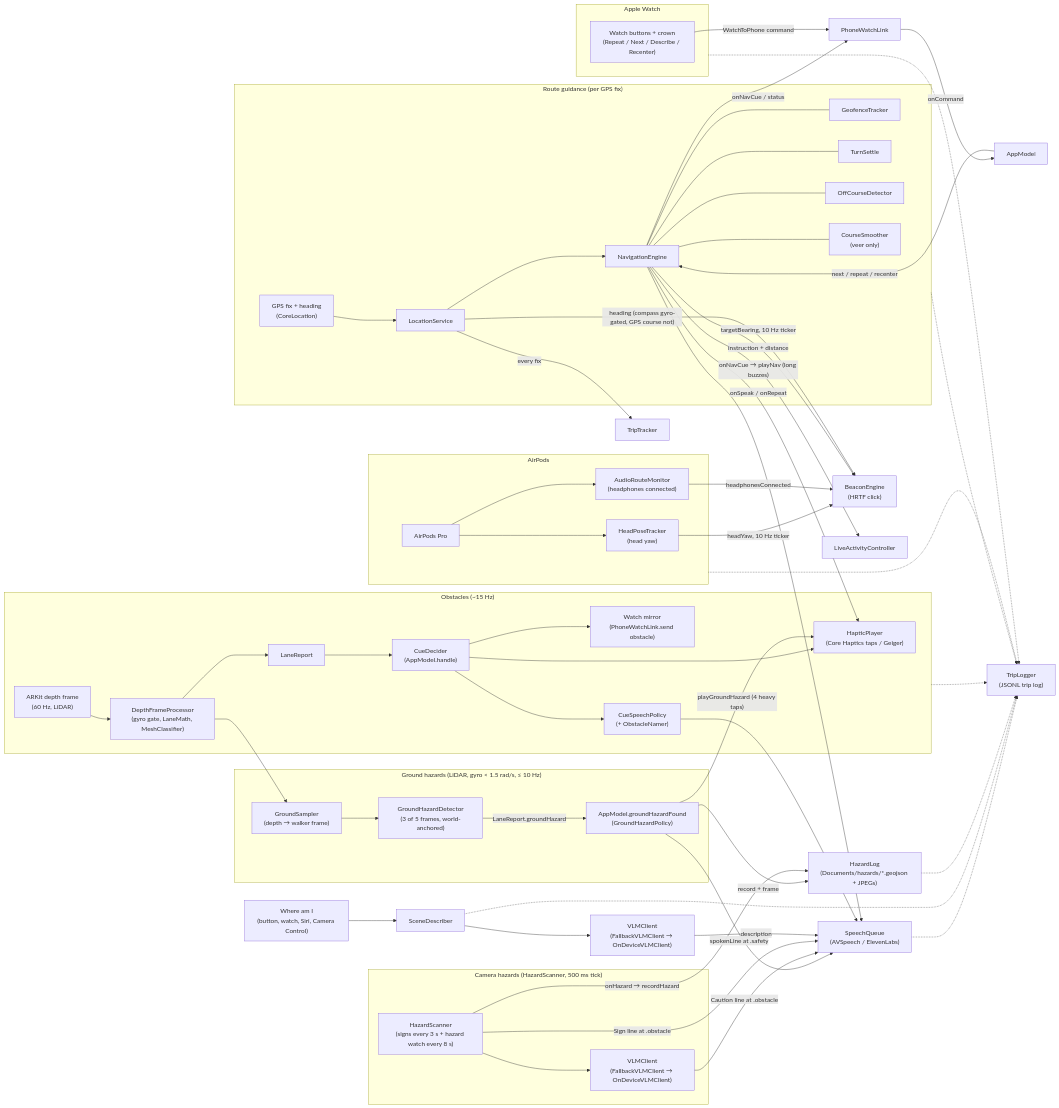
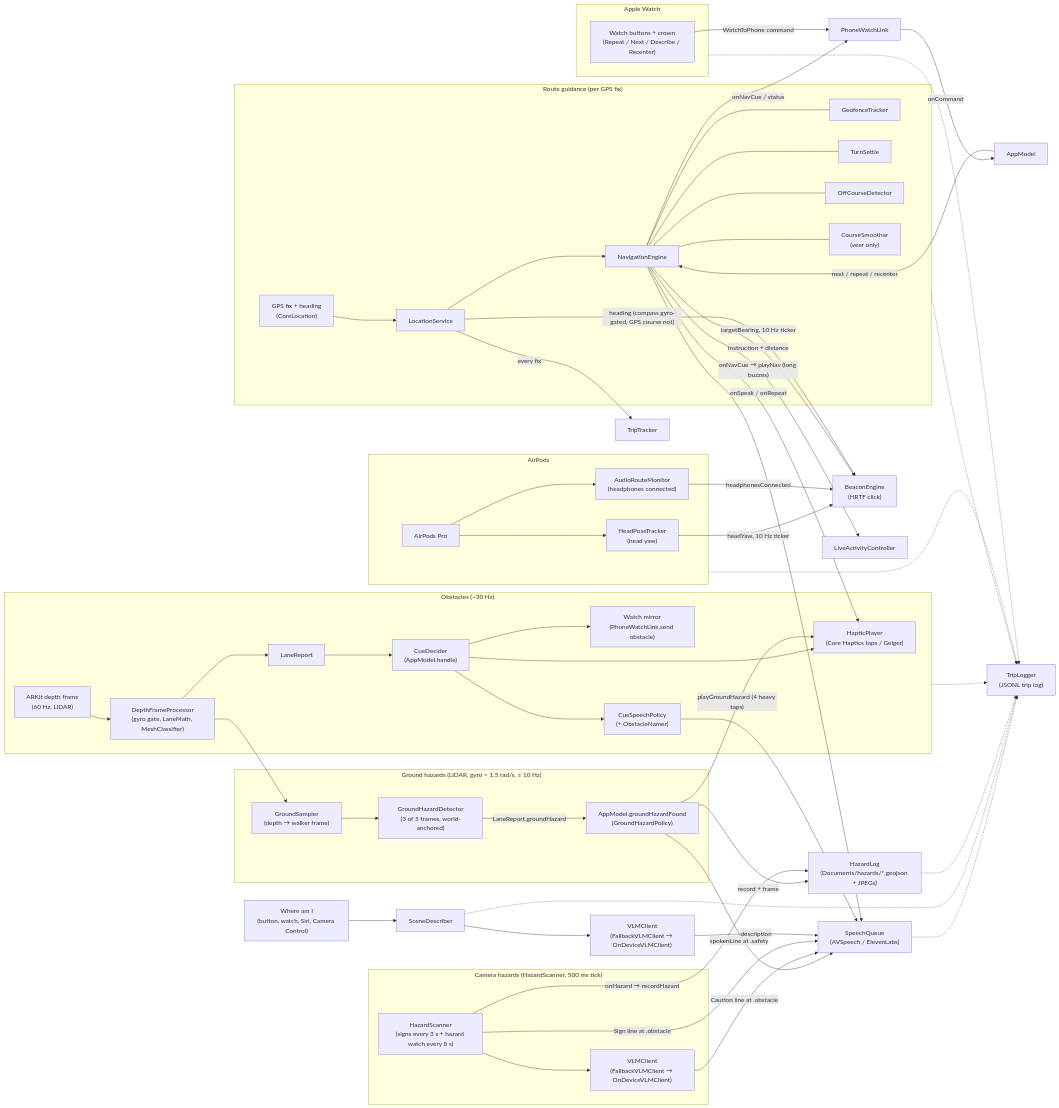
The diagram in docs/CODE_REFERENCE.md (aritroBh/OpenCane), drawn with Mermaid before and after one commit. The commit also changed other lines of this file and 28 other files, not shown here.

````diff
--- a/docs/CODE_REFERENCE.md
+++ b/docs/CODE_REFERENCE.md
@@ -35,6 +35,6 @@
 ```mermaid
 flowchart LR
-  subgraph Depth["Obstacles (~15 Hz)"]
+  subgraph Depth["Obstacles (~30 Hz)"]
     AR["ARKit depth frame<br/>(60 Hz, LiDAR)"] --> DFP["DepthFrameProcessor<br/>(gyro gate, LaneMath, MeshClassifier)"]
     DFP --> LR["LaneReport"]
     LR --> CD["CueDecider<br/>(AppModel.handle)"]
````
